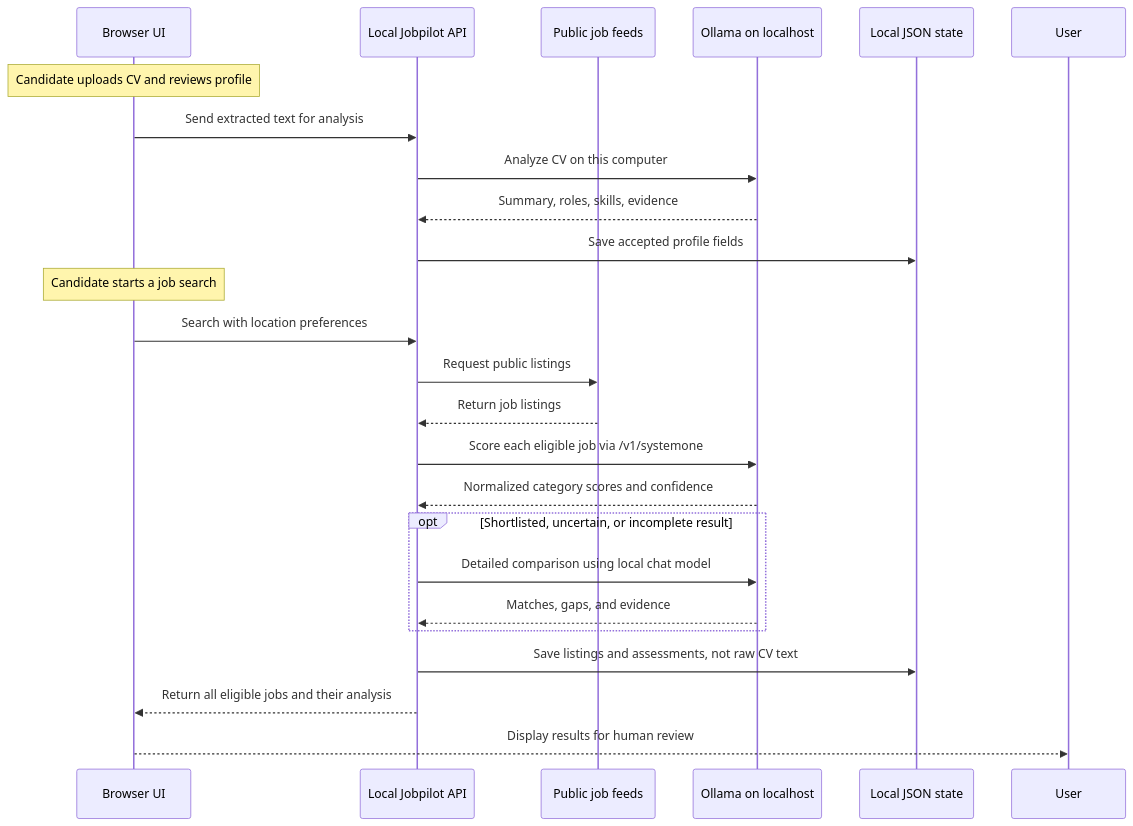
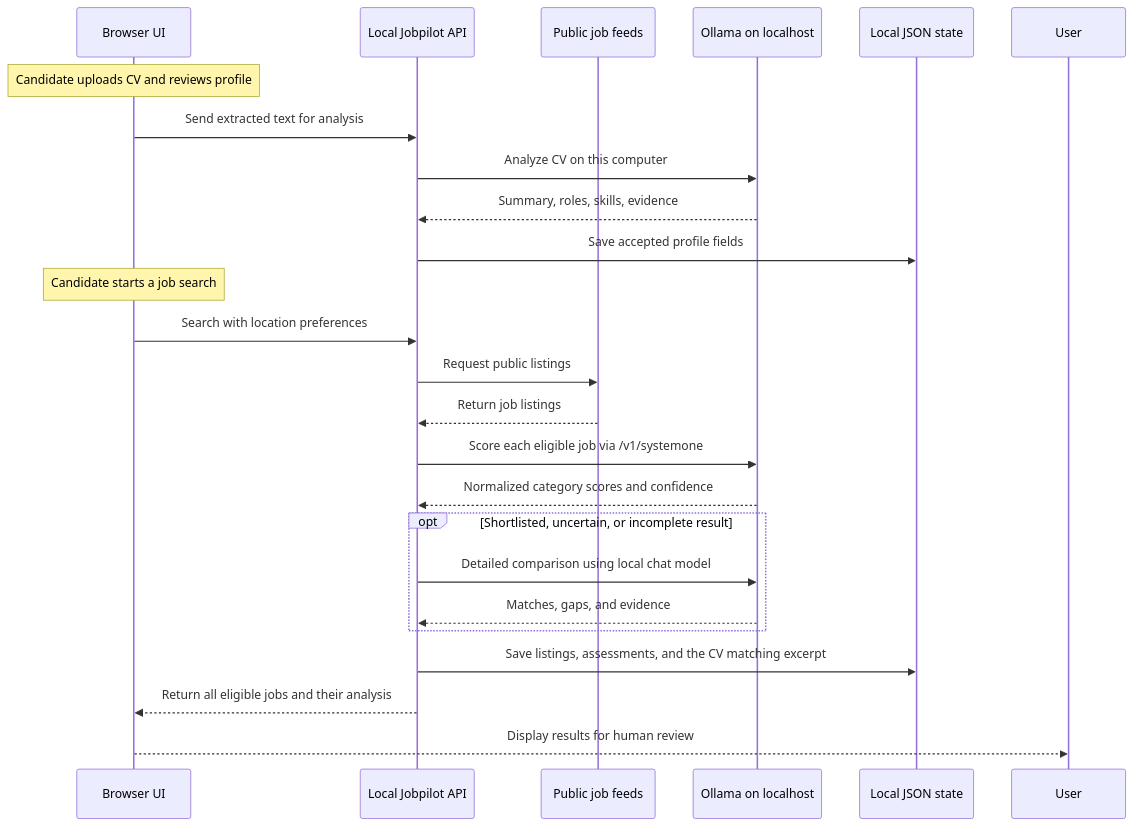
One commit to sinariazi/jobpilot changed the third of 3 diagrams in README.md. Above: the diagram before and after it, drawn with Mermaid. The commit also changed other lines of this file, not shown here.

Commit message:
Document local CV persistence and location matching

````diff
--- a/README.md
+++ b/README.md
@@ -194,27 +194,27 @@
 ```mermaid
 sequenceDiagram
     participant UI as Browser UI
     participant App as Local Jobpilot API
     participant Feed as Public job feeds
     participant AI as Ollama on localhost
     participant Disk as Local JSON state
 
     Note over UI: Candidate uploads CV and reviews profile
     UI->>App: Send extracted text for analysis
     App->>AI: Analyze CV on this computer
     AI-->>App: Summary, roles, skills, evidence
     App->>Disk: Save accepted profile fields
     Note over UI: Candidate starts a job search
     UI->>App: Search with location preferences
     App->>Feed: Request public listings
     Feed-->>App: Return job listings
     App->>AI: Score each eligible job via /v1/systemone
     AI-->>App: Normalized category scores and confidence
     opt Shortlisted, uncertain, or incomplete result
         App->>AI: Detailed comparison using local chat model
         AI-->>App: Matches, gaps, and evidence
     end
-    App->>Disk: Save listings and assessments, not raw CV text
+    App->>Disk: Save listings, assessments, and the CV matching excerpt
     App-->>UI: Return all eligible jobs and their analysis
     UI-->>User: Display results for human review
 ```
````
